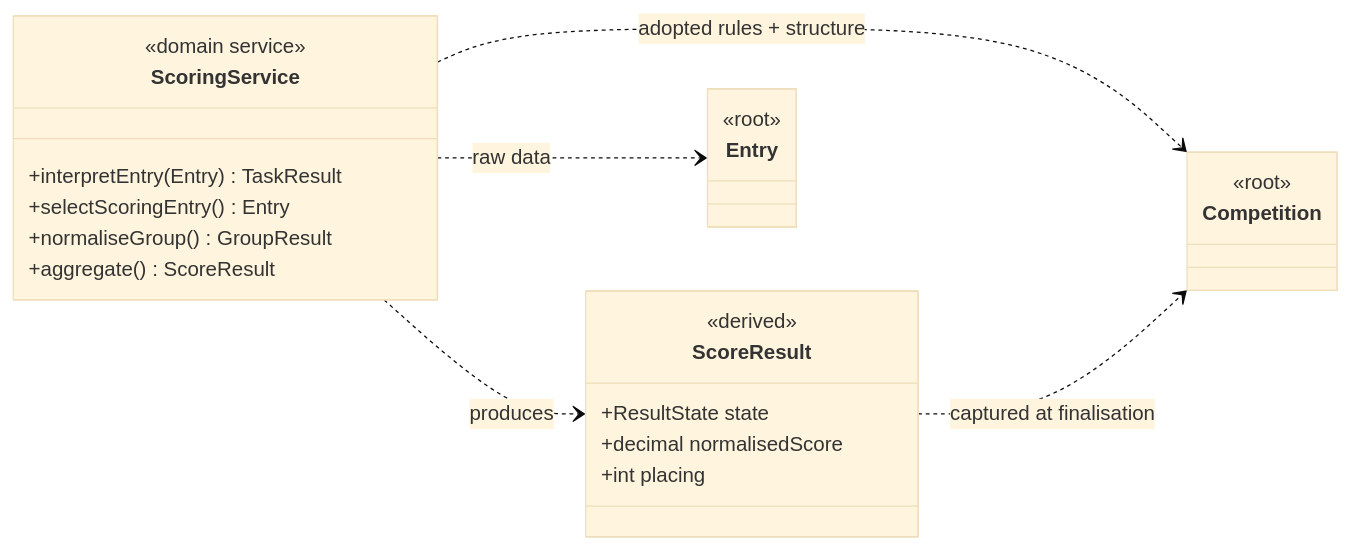
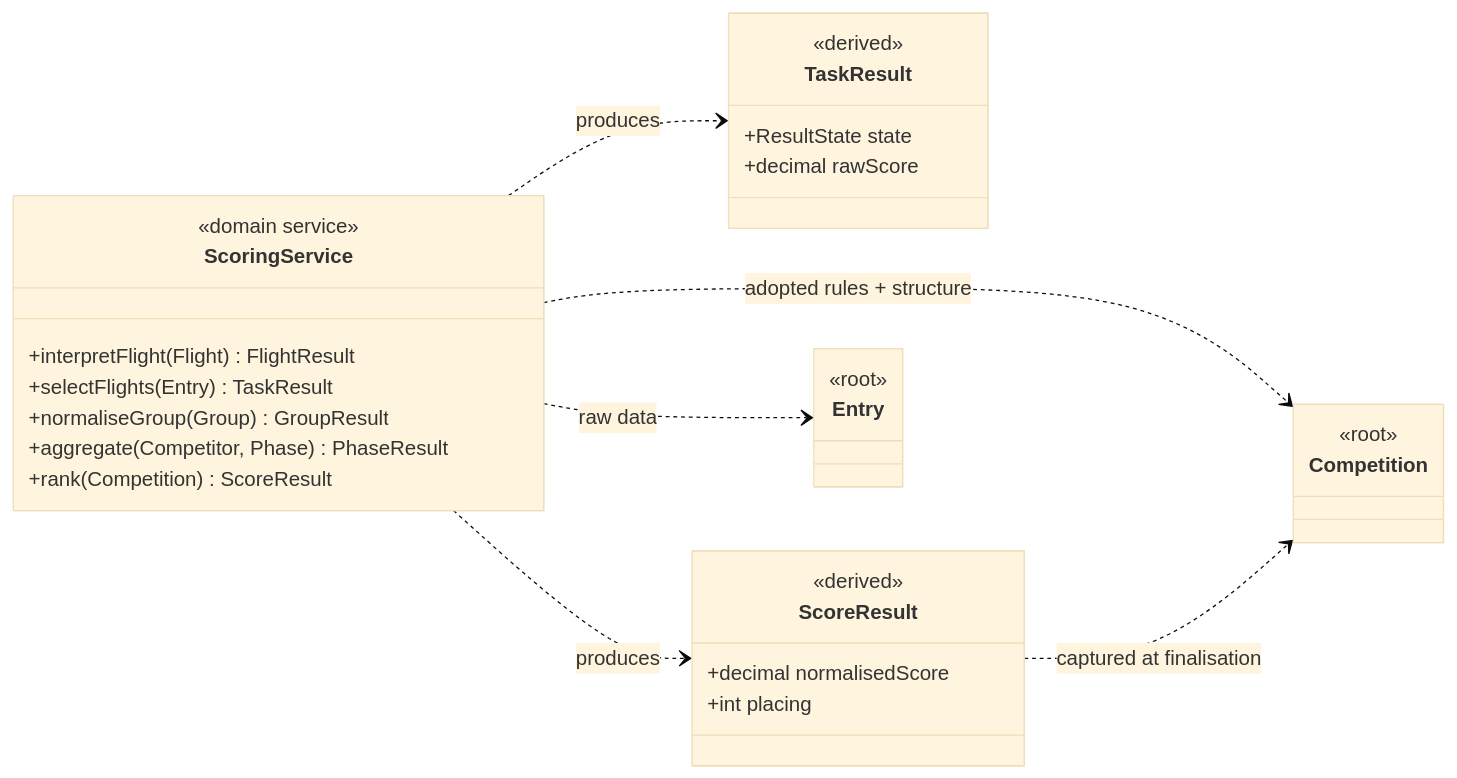
One commit to petegee/Soarscore2 changed the fifth of 5 diagrams in docs/aggregate-roots.md. Above: the diagram before and after it, drawn with Mermaid (base theme). The commit also changed other lines of this file and 14 other files, not shown here.

````diff
--- a/docs/aggregate-roots.md
+++ b/docs/aggregate-roots.md
@@ -418,31 +428,37 @@
 ```mermaid
 classDiagram
     direction LR
     class ScoringService {
         <<domain service>>
-        +interpretEntry(Entry) TaskResult
-        +selectScoringEntry() Entry
-        +normaliseGroup() GroupResult
-        +aggregate() ScoreResult
+        +interpretFlight(Flight) FlightResult
+        +selectFlights(Entry) TaskResult
+        +normaliseGroup(Group) GroupResult
+        +aggregate(Competitor, Phase) PhaseResult
+        +rank(Competition) ScoreResult
+    }
+    class TaskResult {
+        <<derived>>
+        +ResultState state
+        +decimal rawScore
     }
     class ScoreResult {
         <<derived>>
-        +ResultState state
         +decimal normalisedScore
         +int placing
     }
     class Competition {
         <<root>>
     }
     class Entry {
         <<root>>
     }
 
     ScoringService ..> Competition : adopted rules + structure
     ScoringService ..> Entry : raw data
+    ScoringService ..> TaskResult : produces
     ScoringService ..> ScoreResult : produces
     ScoreResult ..> Competition : captured at finalisation
 
     classDef external fill:#EEEEEE,stroke:#BDBDBD,stroke-width:1px,color:#555
     cssClass "Competition,Entry" external
 ```
````
